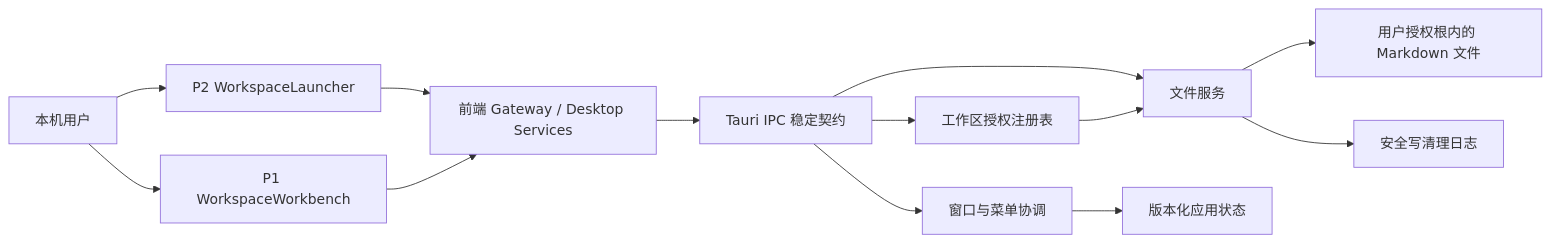
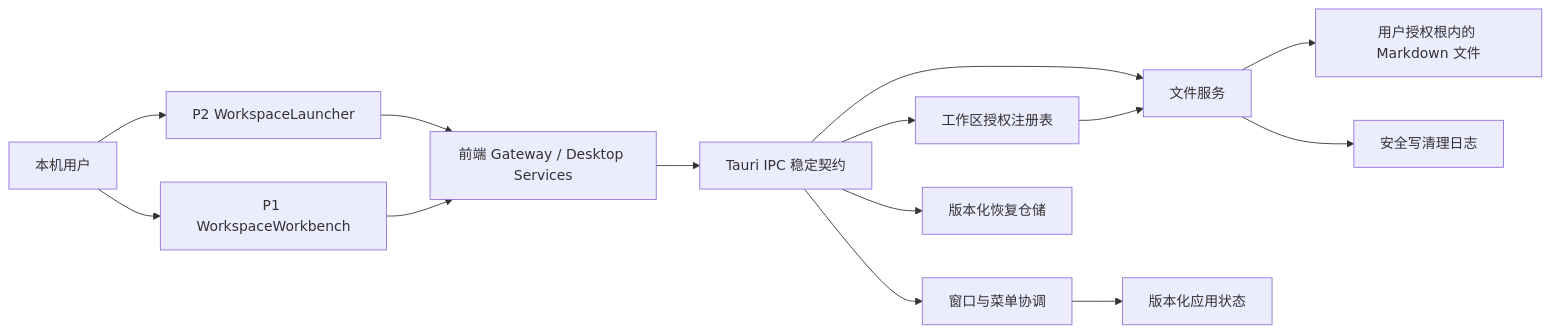
Before and after one commit to fulin-peng-ydxs/ai-markdown: the diagram in agent-works/markdown-editor-desktop/architecture/desktop-foundation.md, drawn with Mermaid. The commit also changed other lines of this file and 14 other files, not shown here.

````diff
--- a/agent-works/markdown-editor-desktop/architecture/desktop-foundation.md
+++ b/agent-works/markdown-editor-desktop/architecture/desktop-foundation.md
@@ -11,15 +11,16 @@
 ```mermaid
 flowchart LR
     U["本机用户"] --> P2["P2 WorkspaceLauncher"]
     U --> P1["P1 WorkspaceWorkbench"]
     P2 --> G["前端 Gateway / Desktop Services"]
     P1 --> G
     G --> IPC["Tauri IPC 稳定契约"]
     IPC --> W["窗口与菜单协调"]
     IPC --> A["工作区授权注册表"]
     IPC --> F["文件服务"]
     W --> S["版本化应用状态"]
+    IPC --> R["版本化恢复仓储"]
     A --> F
     F --> M["用户授权根内的 Markdown 文件"]
     F --> J["安全写清理日志"]
 ```
````
